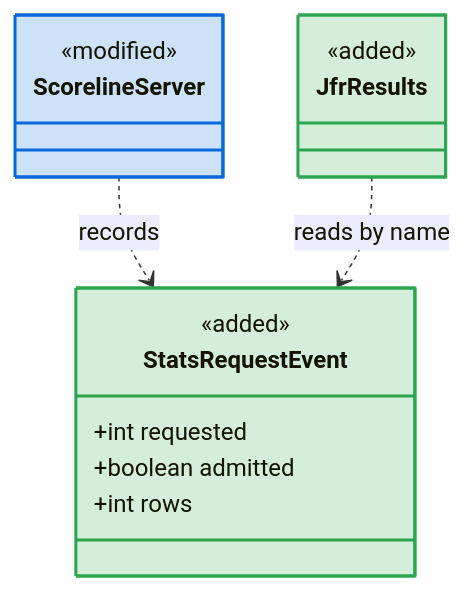
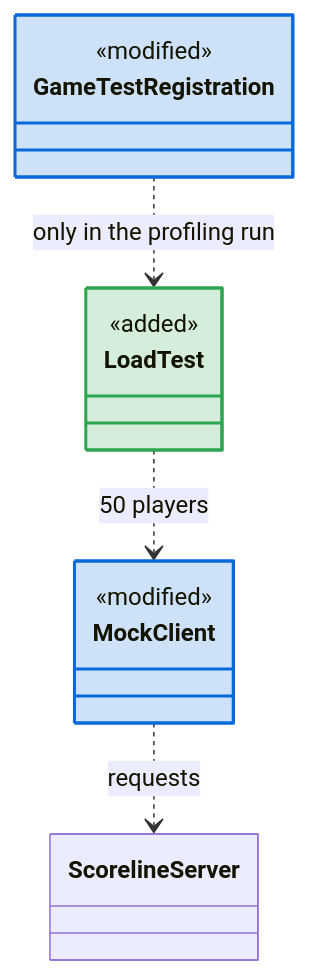
The tenth of 10 diagrams in design/plans/v0.2-protocol.md (4Source/scoreline-minecraft-mod), drawn with Mermaid before and after one commit. The commit also changed other lines of this file, not shown here.

````diff
--- a/design/plans/v0.2-protocol.md
+++ b/design/plans/v0.2-protocol.md
@@ -758,20 +951,19 @@
 ```mermaid
 classDiagram
-    class StatsRequestEvent {
+    class LoadTest {
         <<added>>
-        +int requested
-        +boolean admitted
-        +int rows
     }
-    class ScorelineServer {
+    class GameTestRegistration {
         <<modified>>
     }
-    class JfrResults {
-        <<added>>
+    class MockClient {
+        <<modified>>
     }
-    ScorelineServer ..> StatsRequestEvent : records
-    JfrResults ..> StatsRequestEvent : reads by name
-    style StatsRequestEvent fill:#2da44e33,stroke:#2da44e,stroke-width:2px
-    style ScorelineServer fill:#0969da33,stroke:#0969da,stroke-width:2px
-    style JfrResults fill:#2da44e33,stroke:#2da44e,stroke-width:2px
+    class ScorelineServer
+    GameTestRegistration ..> LoadTest : only in the profiling run
+    LoadTest ..> MockClient : 50 players
+    MockClient ..> ScorelineServer : requests
+    style LoadTest fill:#2da44e33,stroke:#2da44e,stroke-width:2px
+    style GameTestRegistration fill:#0969da33,stroke:#0969da,stroke-width:2px
+    style MockClient fill:#0969da33,stroke:#0969da,stroke-width:2px
 ```
````
